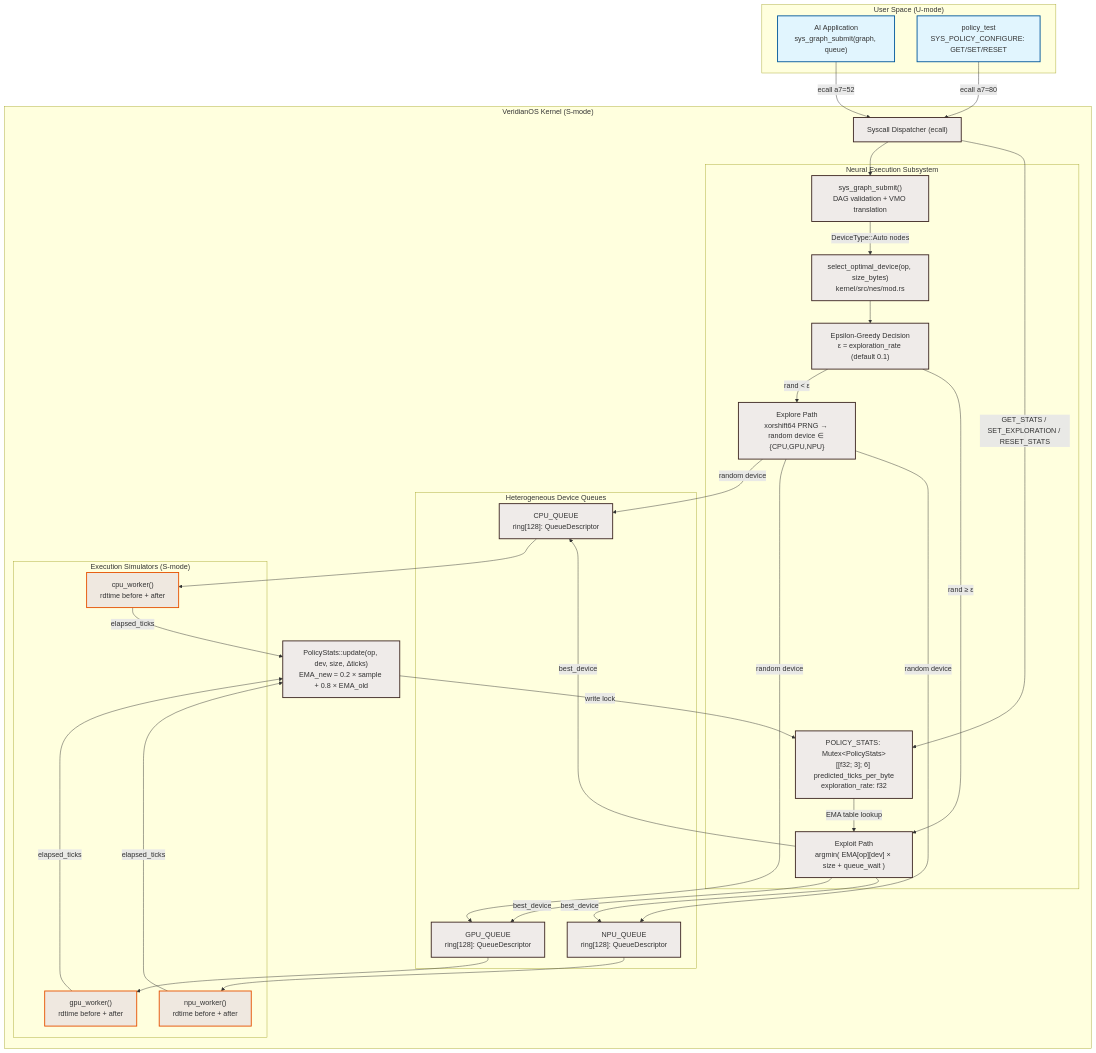
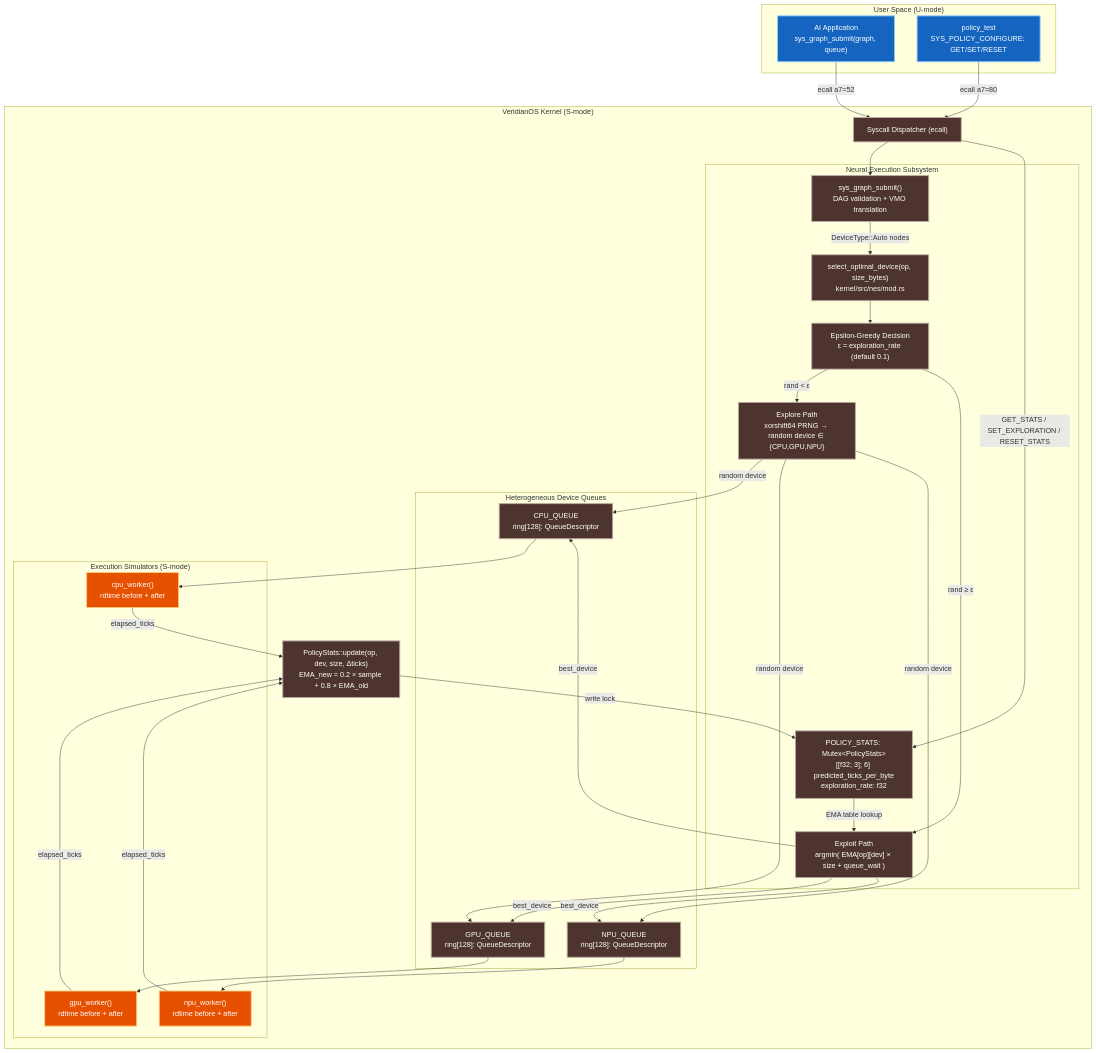
The diagram in docs/PHASE_10_DESIGN.md (hanvith6/VeridianOS), drawn with Mermaid before and after one commit. The commit also changed 9 other files, not shown here.

Commit message:
docs: fix mermaid classDef contrast — dark fills + white text across all phase diagrams

````diff
--- a/docs/PHASE_10_DESIGN.md
+++ b/docs/PHASE_10_DESIGN.md
@@ -25,64 +25,64 @@
 ```mermaid
 graph TD
     subgraph UserSpace ["User Space (U-mode)"]
         App["AI Application\nsys_graph_submit(graph, queue)"]
         PolicyTest["policy_test\nSYS_POLICY_CONFIGURE: GET/SET/RESET"]
     end
 
     subgraph KernelSpace ["VeridianOS Kernel (S-mode)"]
         SyscallHandler["Syscall Dispatcher (ecall)"]
 
         subgraph NES ["Neural Execution Subsystem"]
             GraphSubmit["sys_graph_submit()\nDAG validation + VMO translation"]
             PolicyRouter["select_optimal_device(op, size_bytes)\nkernel/src/nes/mod.rs"]
             EpsilonGreedy["Epsilon-Greedy Decision\nε = exploration_rate (default 0.1)"]
             Exploit["Exploit Path\nargmin( EMA[op][dev] × size + queue_wait )"]
             Explore["Explore Path\nxorshift64 PRNG → random device ∈ {CPU,GPU,NPU}"]
             PolicyStats["POLICY_STATS: Mutex&lt;PolicyStats&gt;\n[[f32; 3]; 6] predicted_ticks_per_byte\nexploration_rate: f32"]
         end
 
         subgraph Queues ["Heterogeneous Device Queues"]
             CPUQueue["CPU_QUEUE\nring[128]: QueueDescriptor"]
             GPUQueue["GPU_QUEUE\nring[128]: QueueDescriptor"]
             NPUQueue["NPU_QUEUE\nring[128]: QueueDescriptor"]
         end
 
         subgraph Simulators ["Execution Simulators (S-mode)"]
             CPUSim["cpu_worker()\nrdtime before + after"]
             GPUSim["gpu_worker()\nrdtime before + after"]
             NPUSim["npu_worker()\nrdtime before + after"]
         end
 
         EMAUpdate["PolicyStats::update(op, dev, size, Δticks)\nEMA_new = 0.2 × sample + 0.8 × EMA_old"]
     end
 
     App -->|"ecall a7=52"| SyscallHandler
     PolicyTest -->|"ecall a7=80"| SyscallHandler
     SyscallHandler --> GraphSubmit
     GraphSubmit -->|"DeviceType::Auto nodes"| PolicyRouter
     PolicyRouter --> EpsilonGreedy
     EpsilonGreedy -->|"rand < ε"| Explore
     EpsilonGreedy -->|"rand ≥ ε"| Exploit
     PolicyStats -->|"EMA table lookup"| Exploit
     Exploit -->|"best_device"| CPUQueue
     Exploit -->|"best_device"| GPUQueue
     Exploit -->|"best_device"| NPUQueue
     Explore -->|"random device"| CPUQueue
     Explore -->|"random device"| GPUQueue
     Explore -->|"random device"| NPUQueue
     CPUQueue --> CPUSim
     GPUQueue --> GPUSim
     NPUQueue --> NPUSim
     CPUSim -->|"elapsed_ticks"| EMAUpdate
     GPUSim -->|"elapsed_ticks"| EMAUpdate
     NPUSim -->|"elapsed_ticks"| EMAUpdate
     EMAUpdate -->|"write lock"| PolicyStats
     SyscallHandler -->|"GET_STATS / SET_EXPLORATION / RESET_STATS"| PolicyStats
 
-    classDef user fill:#e1f5fe,stroke:#01579b,stroke-width:2px;
-    classDef kernel fill:#efebe9,stroke:#3e2723,stroke-width:2px;
-    classDef sim fill:#efe8e0,stroke:#e65100,stroke-width:2px;
+    classDef user fill:#1565c0,stroke:#90caf9,color:#ffffff,stroke-width:2px;
+    classDef kernel fill:#4e342e,stroke:#bcaaa4,color:#ffffff,stroke-width:2px;
+    classDef sim fill:#e65100,stroke:#ffcc80,color:#ffffff,stroke-width:2px;
     class App,PolicyTest user;
     class SyscallHandler,GraphSubmit,PolicyRouter,EpsilonGreedy,Exploit,Explore,PolicyStats,EMAUpdate,CPUQueue,GPUQueue,NPUQueue kernel;
     class CPUSim,GPUSim,NPUSim sim;
 ```
````
